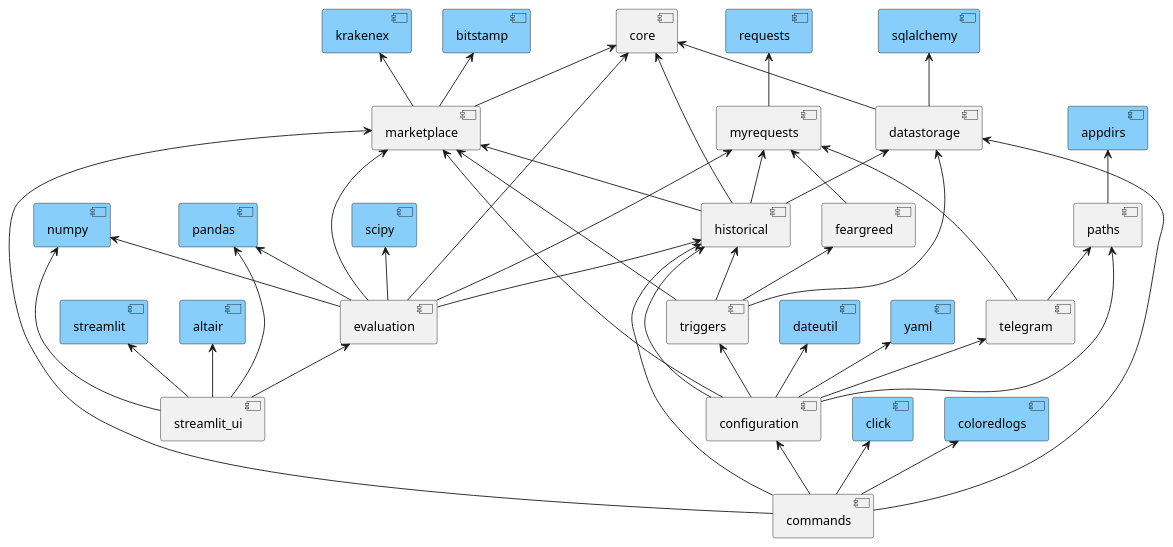
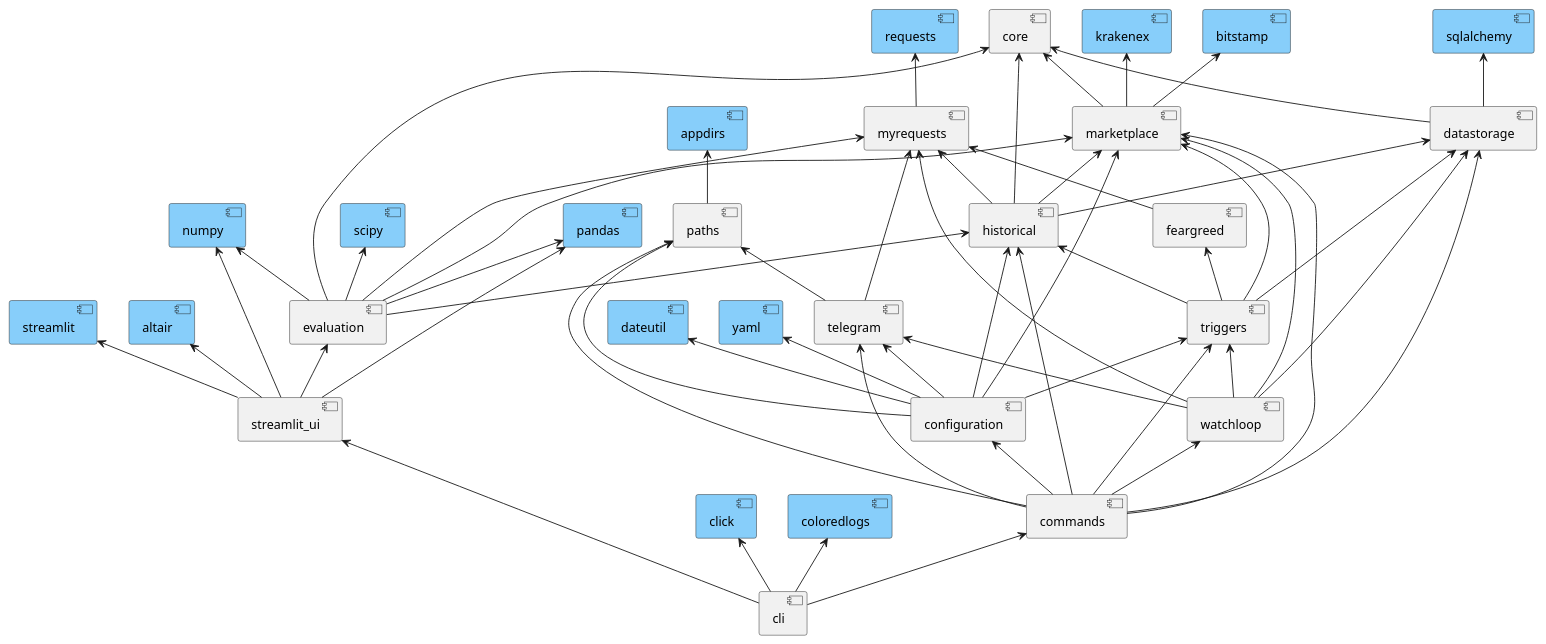
One commit to martin-ueding/vigilant-crypto-snatch changed the diagram in docs/dev/graphs/_components.puml. Above: the diagram before and after it, drawn with PlantUML.

Commit message:
Add more dependencies to graph

```diff
--- a/docs/dev/graphs/_components.puml
+++ b/docs/dev/graphs/_components.puml
@@ -1,88 +1,103 @@
 @startuml
 
 component altair #lightskyblue
 component appdirs #lightskyblue
 component bitstamp #lightskyblue
 component click #lightskyblue
 component coloredlogs #lightskyblue
 component dateutil #lightskyblue
 component krakenex #lightskyblue
 component numpy #lightskyblue
 component pandas #lightskyblue
 component requests #lightskyblue
 component scipy #lightskyblue
 component sqlalchemy #lightskyblue
 component streamlit #lightskyblue
 component yaml #lightskyblue
 
+component cli
 component commands
 component configuration
 component core
 component datastorage
 component evaluation
 component feargreed
 component historical
 component marketplace
 component marketplace
 component myrequests
 component paths
 component streamlit_ui
 component telegram
 component triggers
+component watchloop
 
-click <-- commands
-coloredlogs <-- commands
+coloredlogs <-- cli
+commands <-- cli
+streamlit_ui <-- cli
+click <-- cli
+
 configuration <-- commands
 datastorage <-- commands
 historical <-- commands
 marketplace <-- commands
+paths <-- commands
+telegram <-- commands
+triggers <-- commands
+watchloop <-- commands
 
 dateutil <-- configuration
 historical <-- configuration
 marketplace <-- configuration
 paths <-- configuration
 telegram <-- configuration
 triggers <-- configuration
 yaml <-- configuration
 
 core <-- datastorage
 sqlalchemy <-- datastorage
 
 core <-- evaluation
 historical <-- evaluation
 marketplace <-- evaluation
 myrequests <-- evaluation
 numpy <-- evaluation
 pandas <-- evaluation
 scipy <-- evaluation
 
 myrequests <-- feargreed
 
 core <-- historical
 datastorage <-- historical
 marketplace <-- historical
 myrequests <-- historical
 
 bitstamp <-- marketplace
 core <-- marketplace
 krakenex <-- marketplace
 
 requests <-- myrequests
 
 appdirs <-- paths
 
 altair <-- streamlit_ui
 evaluation <-- streamlit_ui
 streamlit <-- streamlit_ui
 numpy <-- streamlit_ui
 pandas <-- streamlit_ui
 
 myrequests <-- telegram
 paths <-- telegram
 
 datastorage <-- triggers
 feargreed <-- triggers
 historical <-- triggers
 marketplace <-- triggers
 
+datastorage <-- watchloop
+marketplace <-- watchloop
+myrequests <-- watchloop
+telegram <-- watchloop
+triggers <-- watchloop
+
 @enduml
```
